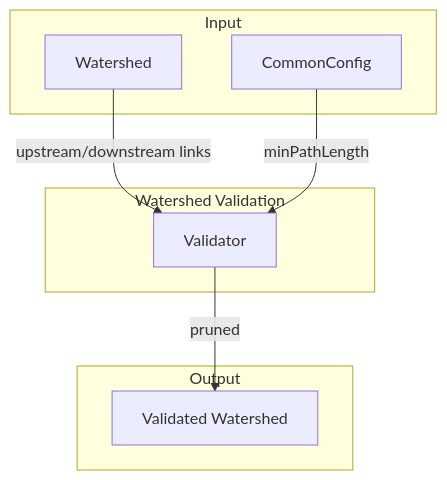
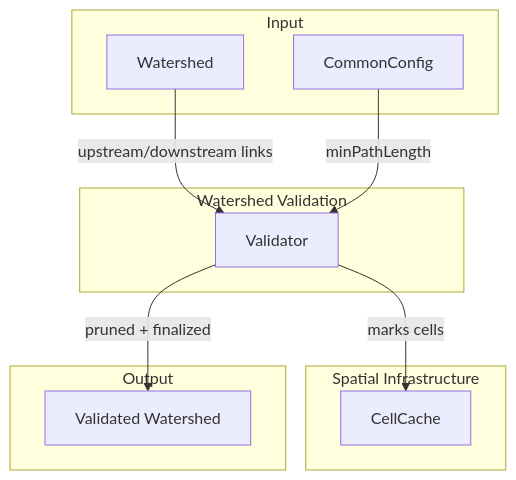
One commit to SoSly/RiverTale changed the second of 2 diagrams in docs/features/rivers/Watershed Validation.md. Above: the diagram before and after it, drawn with Mermaid. The commit also changed other lines of this file and 9 other files, not shown here.

````diff
--- a/docs/features/rivers/Watershed Validation.md
+++ b/docs/features/rivers/Watershed Validation.md
@@ -54,19 +61,24 @@
 ```mermaid
 flowchart TD
     subgraph Input
         WS[Watershed]
         CFG[CommonConfig]
     end
 
     subgraph "Watershed Validation"
         VAL[Validator]
     end
 
+    subgraph "Spatial Infrastructure"
+        CC[CellCache]
+    end
+
     subgraph Output
         VWS[Validated Watershed]
     end
 
     WS -->|"upstream/downstream links"| VAL
     CFG -->|"minPathLength"| VAL
-    VAL -->|"pruned"| VWS
+    VAL -->|"marks cells"| CC
+    VAL -->|"pruned + finalized"| VWS
 ```
````
